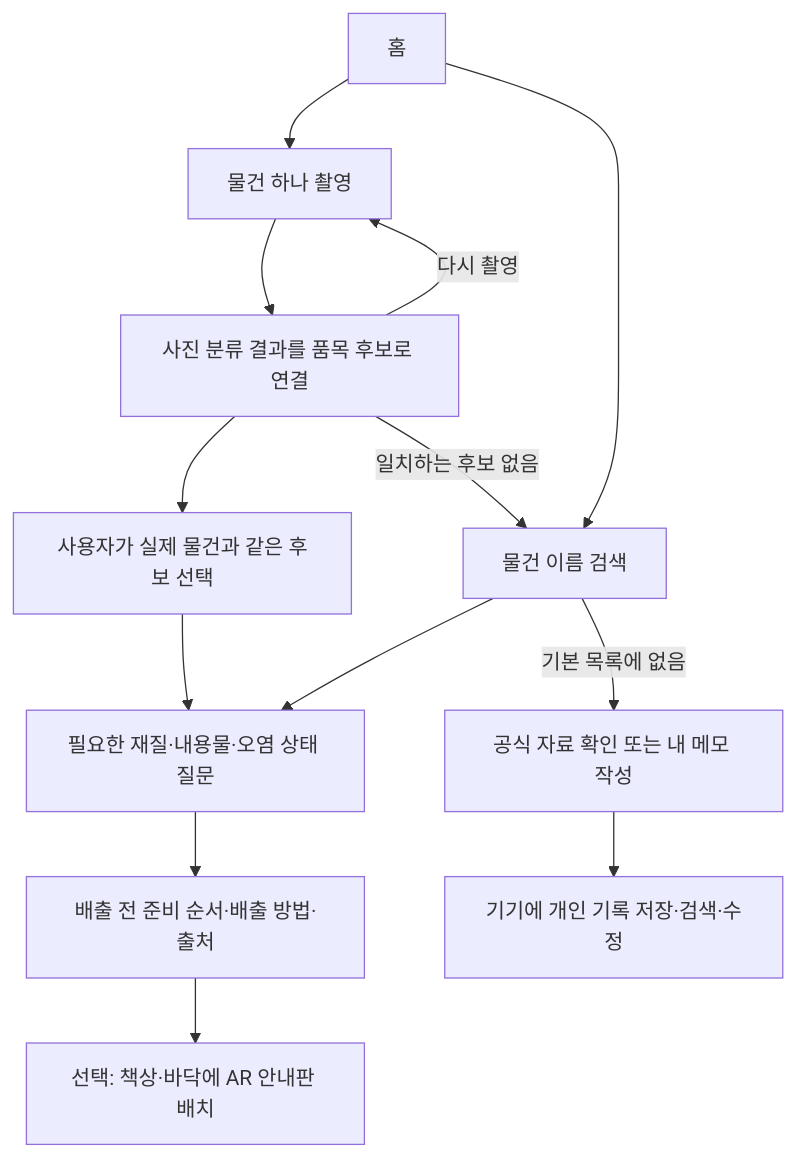
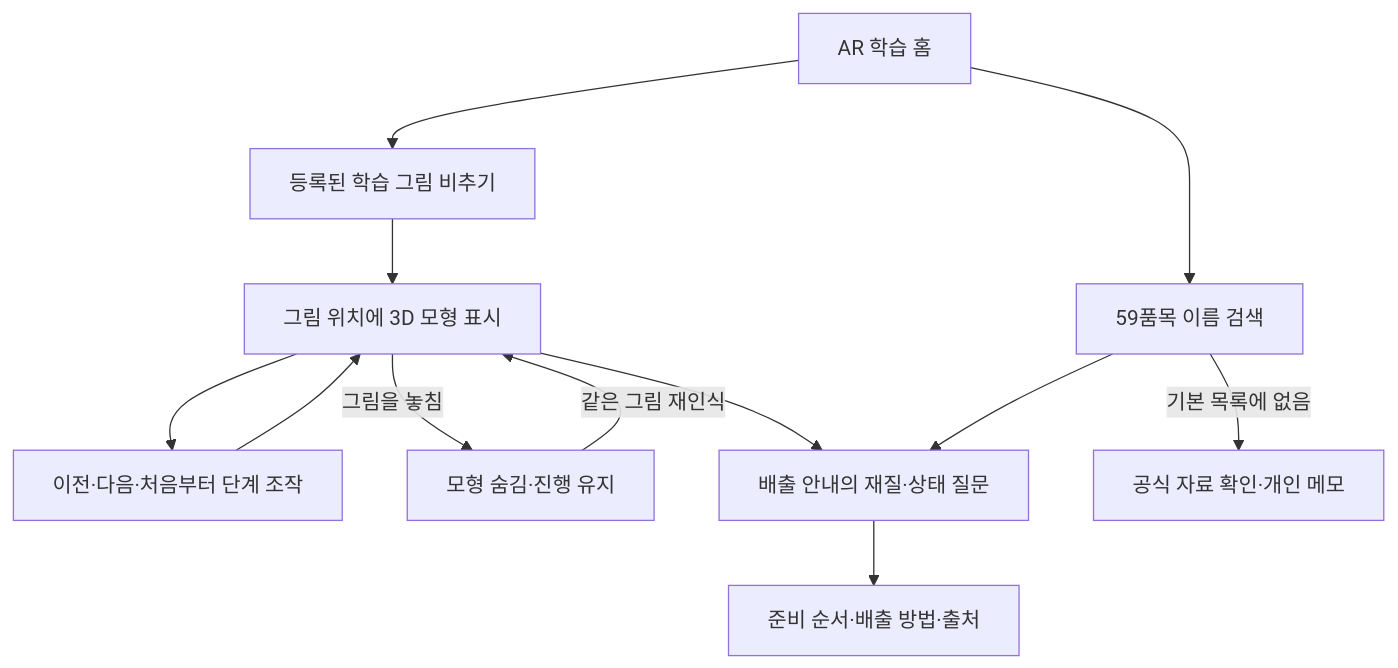
The diagram in Docs/PROJECT_STRUCTURE.md (gin00W/MidProject), drawn with Mermaid before and after one commit. The commit also changed other lines of this file and 17 other files, not shown here.

````diff
--- a/Docs/PROJECT_STRUCTURE.md
+++ b/Docs/PROJECT_STRUCTURE.md
@@ -7,15 +7,14 @@
 ```mermaid
 flowchart TD
-    A[홈] --> B[물건 하나 촬영]
-    A --> C[물건 이름 검색]
-    B --> D[사진 분류 결과를 품목 후보로 연결]
-    D --> E[사용자가 실제 물건과 같은 후보 선택]
-    D -->|일치하는 후보 없음| C
-    D -->|다시 촬영| B
-    E --> F[필요한 재질·내용물·오염 상태 질문]
-    C --> F
-    F --> G[배출 전 준비 순서·배출 방법·출처]
-    G --> H[선택: 책상·바닥에 AR 안내판 배치]
-    C -->|기본 목록에 없음| I[공식 자료 확인 또는 내 메모 작성]
-    I --> J[기기에 개인 기록 저장·검색·수정]
+    A[AR 학습 홈] --> B[등록된 학습 그림 비추기]
+    B --> C[그림 위치에 3D 모형 표시]
+    C --> D[이전·다음·처음부터 단계 조작]
+    D --> C
+    C -->|그림을 놓침| E[모형 숨김·진행 유지]
+    E -->|같은 그림 재인식| C
+    C --> F[배출 안내의 재질·상태 질문]
+    A --> G[59품목 이름 검색]
+    G --> F
+    F --> H[준비 순서·배출 방법·출처]
+    G -->|기본 목록에 없음| I[공식 자료 확인·개인 메모]
 ```
````
